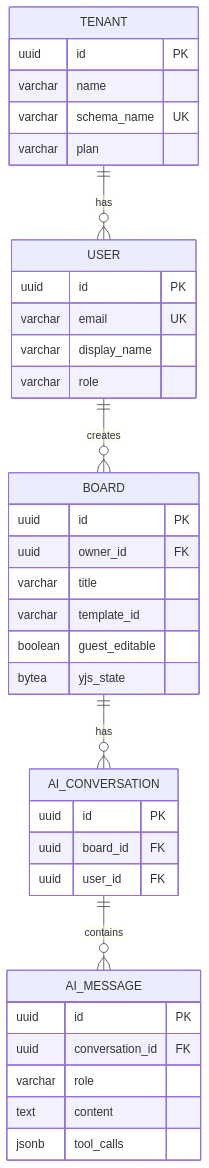
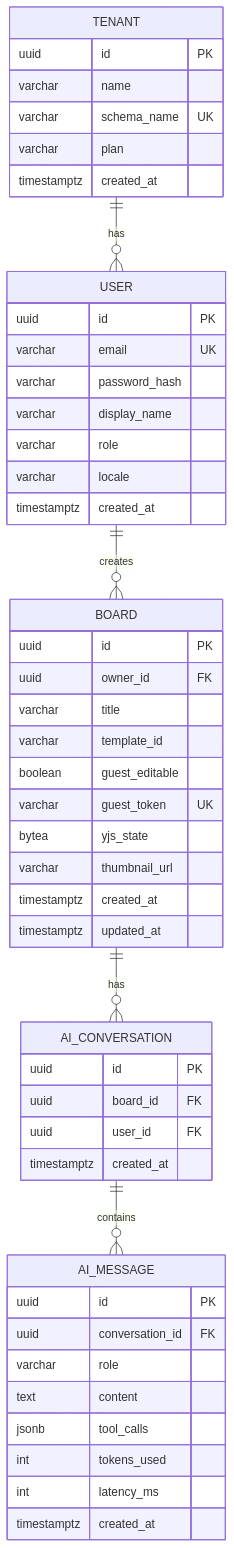
Before and after one commit to Eyolf6Coyote7/Eyolf6Coyote7: the first of 3 diagrams in realtime_ai_whiteboard/docs/technical_design.md, drawn with Mermaid. The commit also changed other lines of this file, not shown here.

Commit message:
🎨style#49: apply Gemini review fixes (6 items) for Whiteboard Tech Design
- HIGH: Prisma rollback — clarify reset is dev-only, use new migration for production
- HIGH: Guest token TTL 24h → 1h single-use, exchanged for session cookie
- MCP updateElement return type → {element} instead of {updated}
- ER diagram — add all missing columns to match table definitions
- Usage metering — clarify Redis counter + periodic batch to Kafka
- ADR-0005 link text → more descriptive

Addresses Gemini review on PR #76
Ref #49

````diff
--- a/realtime_ai_whiteboard/docs/technical_design.md
+++ b/realtime_ai_whiteboard/docs/technical_design.md
@@ -169,40 +169,52 @@
 ```mermaid
 erDiagram
   TENANT ||--o{ USER : has
   USER ||--o{ BOARD : creates
   BOARD ||--o{ AI_CONVERSATION : has
   AI_CONVERSATION ||--o{ AI_MESSAGE : contains
 
   TENANT {
     uuid id PK
     varchar name
     varchar schema_name UK
     varchar plan
+    timestamptz created_at
   }
   USER {
     uuid id PK
     varchar email UK
+    varchar password_hash
     varchar display_name
     varchar role
+    varchar locale
+    timestamptz created_at
   }
   BOARD {
     uuid id PK
     uuid owner_id FK
     varchar title
     varchar template_id
     boolean guest_editable
+    varchar guest_token UK
     bytea yjs_state
+    varchar thumbnail_url
+    timestamptz created_at
+    timestamptz updated_at
   }
   AI_CONVERSATION {
     uuid id PK
     uuid board_id FK
     uuid user_id FK
+    timestamptz created_at
   }
   AI_MESSAGE {
     uuid id PK
     uuid conversation_id FK
     varchar role
     text content
     jsonb tool_calls
+    int tokens_used
+    int latency_ms
+    timestamptz created_at
   }
 ```
````
